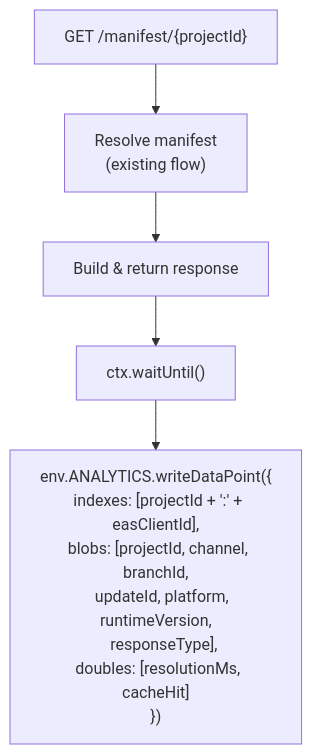
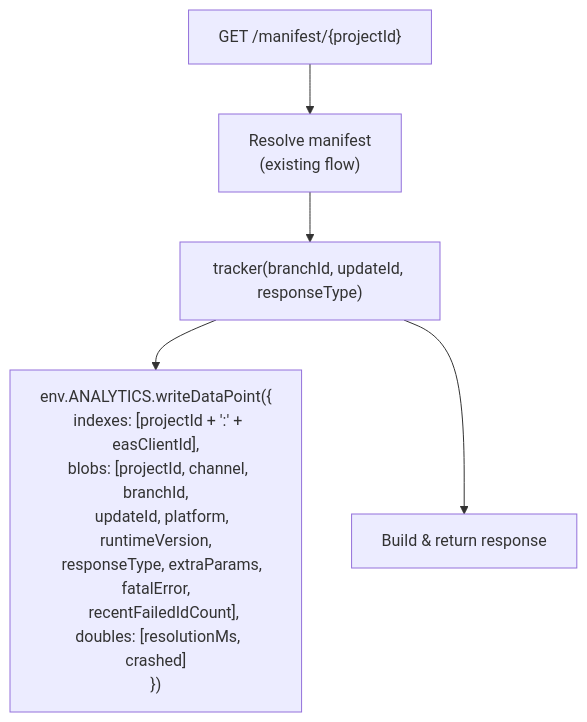
Before and after one commit to aislopware/better-update: the second of 2 diagrams in docs/specs/server/18-deployment-analytics.md, drawn with Mermaid. The commit also changed other lines of this file and 35 other files, not shown here.

````diff
--- a/docs/specs/server/18-deployment-analytics.md
+++ b/docs/specs/server/18-deployment-analytics.md
@@ -89,8 +178,7 @@
 ```mermaid
 flowchart TD
     Start["GET /manifest/{projectId}"] --> Resolve["Resolve manifest<br/>(existing flow)"]
-    Resolve --> Response["Build & return response"]
-    Response --> WaitUntil["ctx.waitUntil()"]
-
-    WaitUntil --> Write["env.ANALYTICS.writeDataPoint({<br/>  indexes: [projectId + ':' + easClientId],<br/>  blobs: [projectId, channel, branchId,<br/>    updateId, platform, runtimeVersion,<br/>    responseType],<br/>  doubles: [resolutionMs, cacheHit]<br/>})"]
+    Resolve --> Track["tracker(branchId, updateId, responseType)"]
+    Track --> Write["env.ANALYTICS.writeDataPoint({<br/>  indexes: [projectId + ':' + easClientId],<br/>  blobs: [projectId, channel, branchId,<br/>    updateId, platform, runtimeVersion,<br/>    responseType, extraParams, fatalError,<br/>    recentFailedIdCount],<br/>  doubles: [resolutionMs, crashed]<br/>})"]
+    Track --> Response["Build & return response"]
 ```
````
